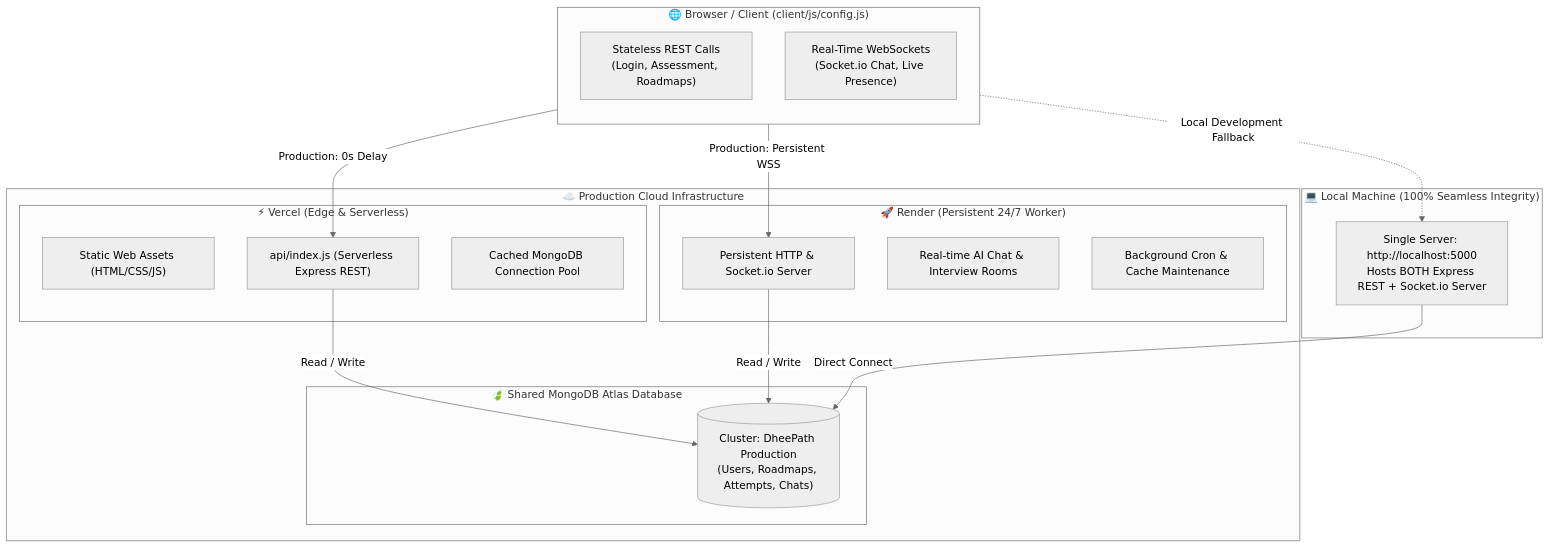
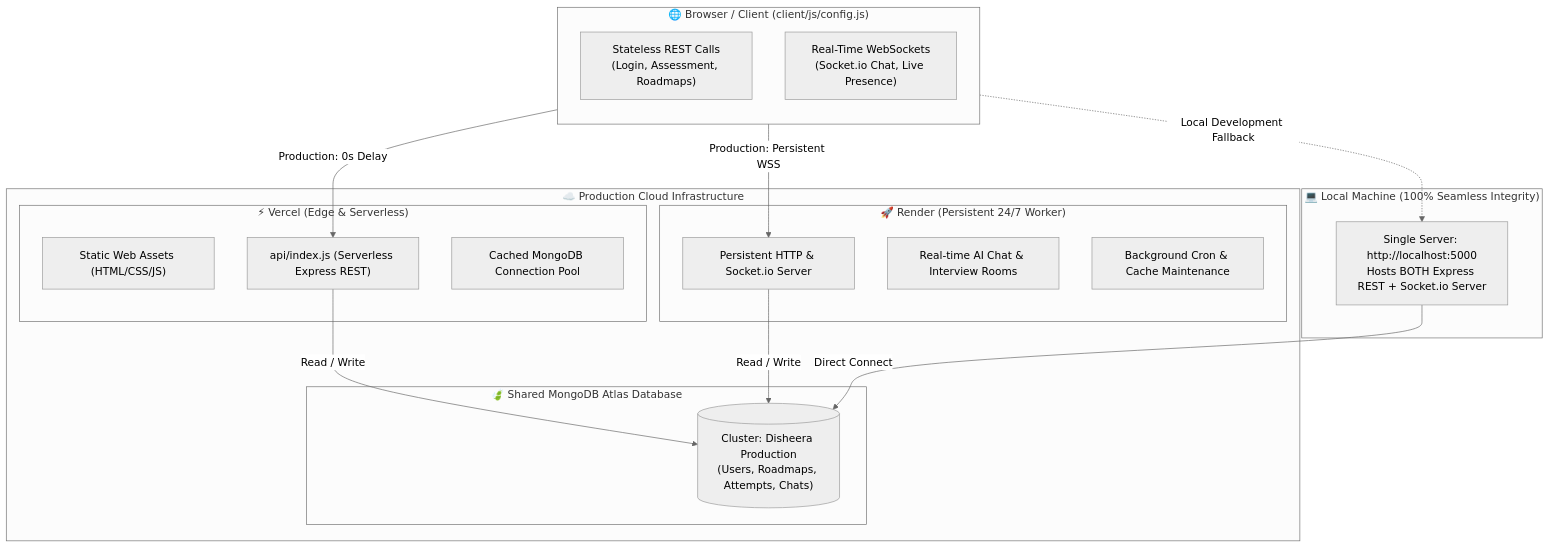
Before and after one commit to parthpatil1234p-svg/careerpath-ai: the diagram in plans/hybrid_backend_architecture_plan.md, drawn with Mermaid (neutral theme). The commit also changed other lines of this file and 249 other files, not shown here.

Commit message:
feat(rebrand): update branding from DheePath to Disheera across UI, server, and docs

````diff
--- a/plans/hybrid_backend_architecture_plan.md
+++ b/plans/hybrid_backend_architecture_plan.md
@@ -25,37 +25,37 @@
 ```mermaid
 flowchart TD
     subgraph Client["🌐 Browser / Client (client/js/config.js)"]
         direction TB
         C1["Stateless REST Calls<br/>(Login, Assessment, Roadmaps)"]
         C2["Real-Time WebSockets<br/>(Socket.io Chat, Live Presence)"]
     end
 
     subgraph ProductionCloud["☁️ Production Cloud Infrastructure"]
         subgraph Vercel["⚡ Vercel (Edge & Serverless)"]
             V1["Static Web Assets (HTML/CSS/JS)"]
             V2["api/index.js (Serverless Express REST)"]
             V3["Cached MongoDB Connection Pool"]
         end
 
         subgraph Render["🚀 Render (Persistent 24/7 Worker)"]
             R1["Persistent HTTP & Socket.io Server"]
             R2["Real-time AI Chat & Interview Rooms"]
             R3["Background Cron & Cache Maintenance"]
         end
 
         subgraph SharedDB["🍃 Shared MongoDB Atlas Database"]
-            DB1[("Cluster: DheePath Production<br/>(Users, Roadmaps, Attempts, Chats)")]
+            DB1[("Cluster: Disheera Production<br/>(Users, Roadmaps, Attempts, Chats)")]
         end
     end
 
     subgraph LocalDev["💻 Local Machine (100% Seamless Integrity)"]
         L1["Single Server: http://localhost:5000<br/>Hosts BOTH Express REST + Socket.io Server"]
     end
 
     C1 -->|Production: 0s Delay| V2
     C2 -->|Production: Persistent WSS| R1
     V2 -->|Read / Write| DB1
     R1 -->|Read / Write| DB1
     Client -.->|Local Development Fallback| L1
     L1 -->|Direct Connect| DB1
 ```
````
